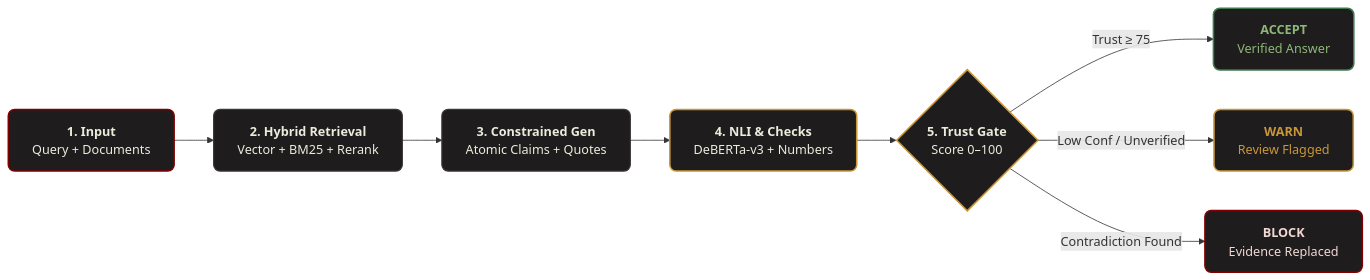
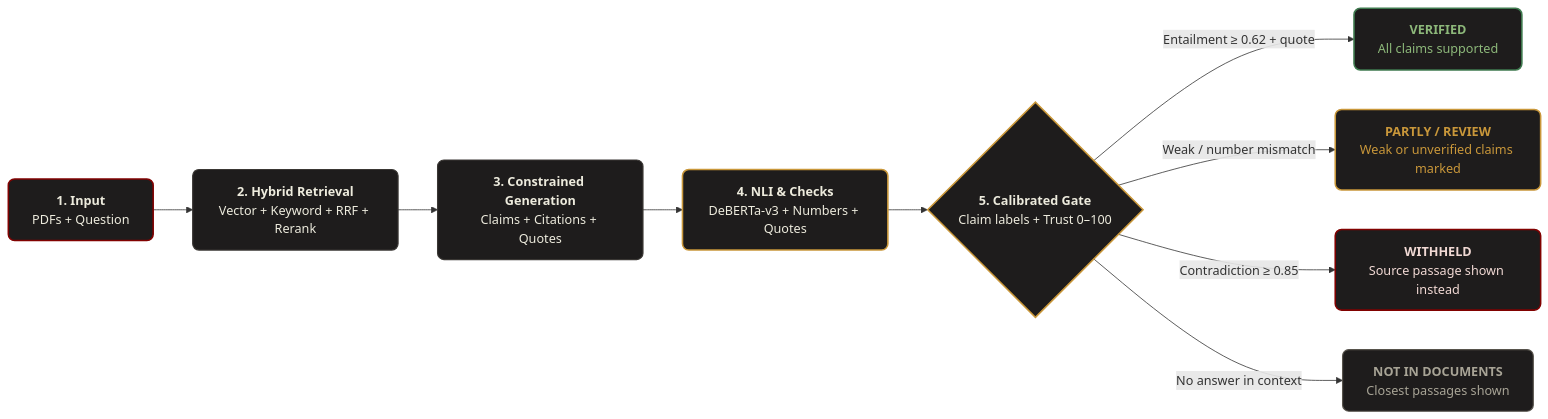
Before and after one commit to Karthih2/argus-rag-nli-verification: the diagram in README.md, drawn with Mermaid. The commit also changed other lines of this file and 71 other files, not shown here.

````diff
--- a/README.md
+++ b/README.md
@@ -36,24 +53,27 @@
 ```mermaid
 flowchart LR
     classDef startNode fill:#1e1c1c,stroke:#810100,stroke-width:2px,color:#edebdd,rx:8px,ry:8px;
     classDef midNode fill:#1e1c1c,stroke:#3a3734,stroke-width:1.5px,color:#edebdd,rx:8px,ry:8px;
     classDef nliNode fill:#1e1c1c,stroke:#c9973a,stroke-width:2px,color:#edebdd,rx:8px,ry:8px;
     classDef okNode fill:#1e1c1c,stroke:#3f7a4f,stroke-width:2px,color:#8db87a,rx:8px,ry:8px;
     classDef warnNode fill:#1e1c1c,stroke:#c9973a,stroke-width:2px,color:#c9973a,rx:8px,ry:8px;
     classDef blockNode fill:#1e1c1c,stroke:#810100,stroke-width:2px,color:#f1d9d4,rx:8px,ry:8px;
+    classDef mutedNode fill:#1e1c1c,stroke:#57534c,stroke-width:1.5px,color:#a8a496,rx:8px,ry:8px;
 
-    Q["<b>1. Input</b><br/>Query + Documents"]:::startNode
-    Ret["<b>2. Hybrid Retrieval</b><br/>Vector + BM25 + Rerank"]:::midNode
-    LLM["<b>3. Constrained Gen</b><br/>Atomic Claims + Quotes"]:::midNode
-    NLI["<b>4. NLI & Checks</b><br/>DeBERTa-v3 + Numbers"]:::nliNode
-    Gate{"<b>5. Trust Gate</b><br/>Score 0–100"}:::nliNode
+    Q["<b>1. Input</b><br/>PDFs + Question"]:::startNode
+    Ret["<b>2. Hybrid Retrieval</b><br/>Vector + Keyword + RRF + Rerank"]:::midNode
+    LLM["<b>3. Constrained Generation</b><br/>Claims + Citations + Quotes"]:::midNode
+    NLI["<b>4. NLI & Checks</b><br/>DeBERTa-v3 + Numbers + Quotes"]:::nliNode
+    Gate{"<b>5. Calibrated Gate</b><br/>Claim labels + Trust 0–100"}:::nliNode
 
-    V_Accept["<b>ACCEPT</b><br/>Verified Answer"]:::okNode
-    V_Warn["<b>WARN</b><br/>Review Flagged"]:::warnNode
-    V_Block["<b>BLOCK</b><br/>Evidence Replaced"]:::blockNode
+    V_Accept["<b>VERIFIED</b><br/>All claims supported"]:::okNode
+    V_Warn["<b>PARTLY / REVIEW</b><br/>Weak or unverified claims marked"]:::warnNode
+    V_Block["<b>WITHHELD</b><br/>Source passage shown instead"]:::blockNode
+    V_None["<b>NOT IN DOCUMENTS</b><br/>Closest passages shown"]:::mutedNode
 
     Q --> Ret --> LLM --> NLI --> Gate
-    Gate -->|Trust ≥ 75| V_Accept
-    Gate -->|Low Conf / Unverified| V_Warn
-    Gate -->|Contradiction Found| V_Block
+    Gate -->|Entailment ≥ 0.62 + quote| V_Accept
+    Gate -->|Weak / number mismatch| V_Warn
+    Gate -->|Contradiction ≥ 0.85| V_Block
+    Gate -->|No answer in context| V_None
 ```
````
